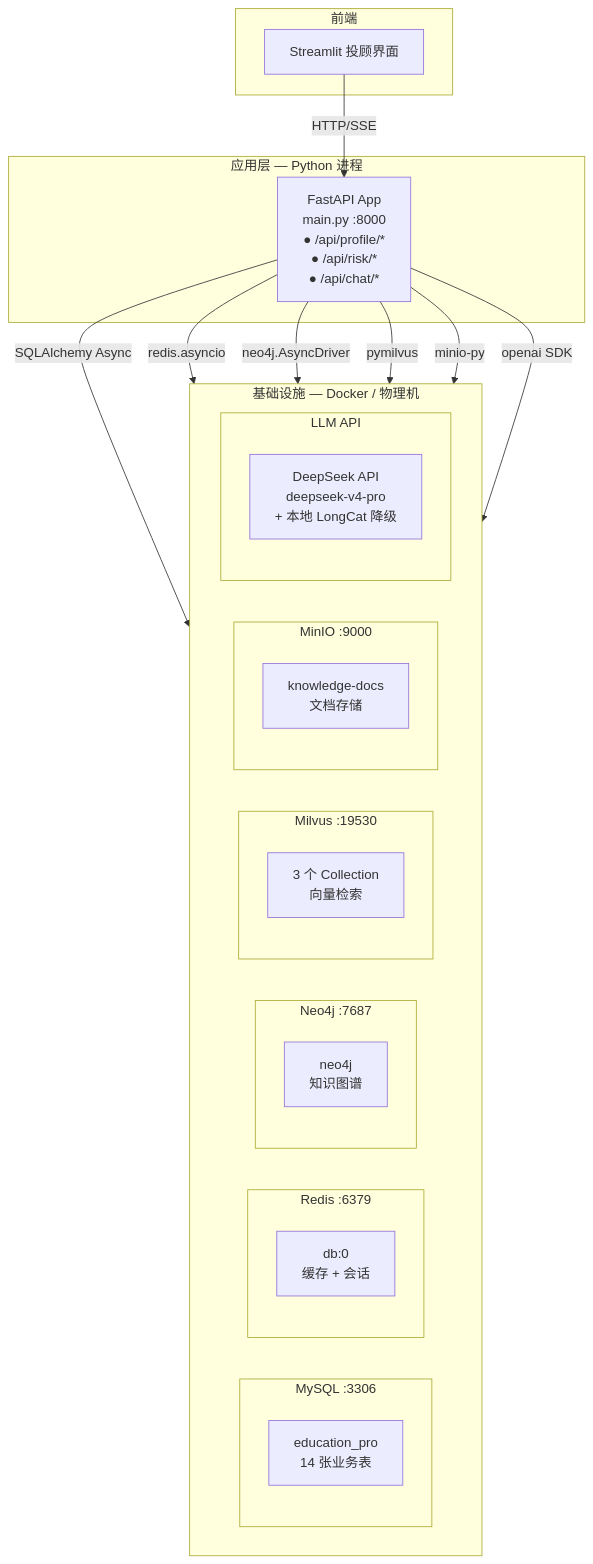
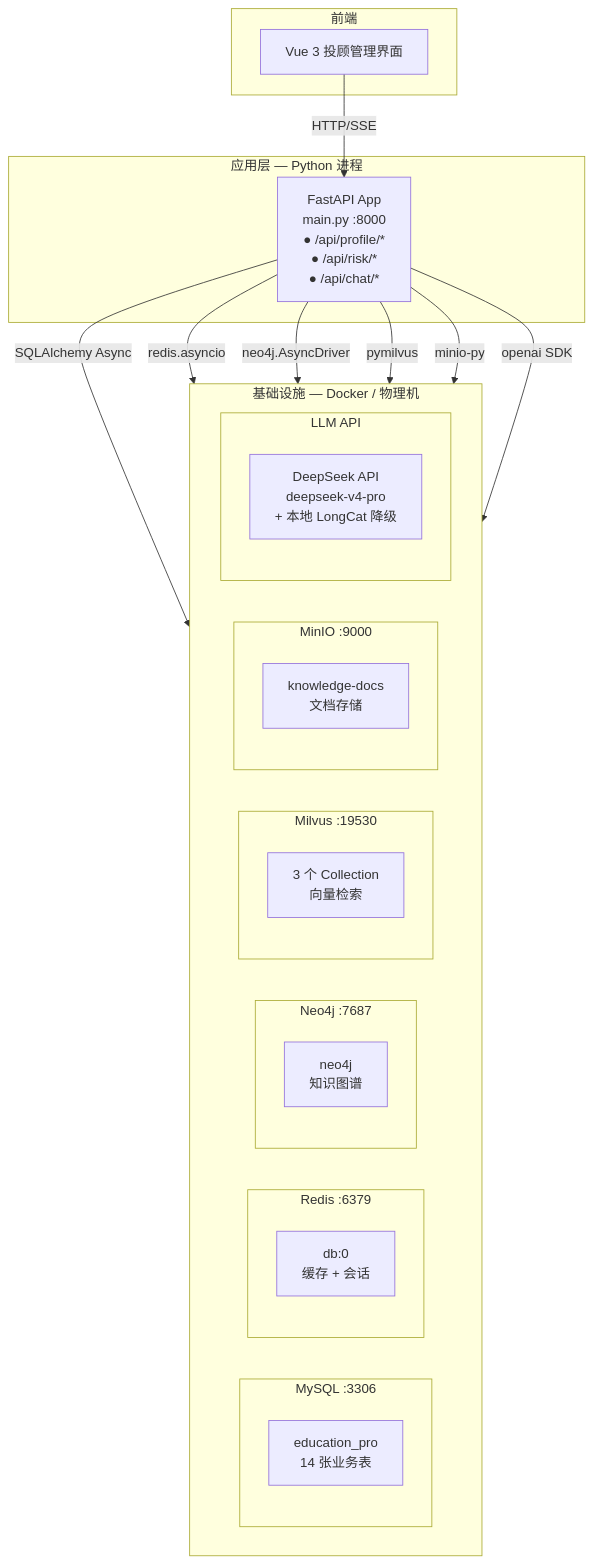
Diagram 12 of 12 in ARCHITECTURE.md (lihuitao0704/edu_pro), drawn with Mermaid before and after one commit. The commit also changed other lines of this file and 73 other files, not shown here.

````diff
--- a/ARCHITECTURE.md
+++ b/ARCHITECTURE.md
@@ -619,46 +619,46 @@
 ```mermaid
 graph TB
     subgraph 应用层["应用层 — Python 进程"]
         APP["FastAPI App<br/>main.py :8000<br/>● /api/profile/*<br/>● /api/risk/*<br/>● /api/chat/*"]
     end
 
     subgraph 中间件["基础设施 — Docker / 物理机"]
         direction LR
 
         subgraph MySQL_CT["MySQL :3306"]
             M_DB["education_pro<br/>14 张业务表"]
         end
 
         subgraph Redis_CT["Redis :6379"]
             R_DB["db:0<br/>缓存 + 会话"]
         end
 
         subgraph Neo4j_CT["Neo4j :7687"]
             N_DB["neo4j<br/>知识图谱"]
         end
 
         subgraph Milvus_CT["Milvus :19530"]
             V_DB["3 个 Collection<br/>向量检索"]
         end
 
         subgraph MinIO_CT["MinIO :9000"]
             O_DB["knowledge-docs<br/>文档存储"]
         end
 
         subgraph LLM_CT["LLM API"]
             L_API["DeepSeek API<br/>deepseek-v4-pro<br/>+ 本地 LongCat 降级"]
         end
     end
 
     subgraph 前端层["前端"]
-        FE["Streamlit 投顾界面"]
+        FE["Vue 3 投顾管理界面"]
     end
 
     FE -->|HTTP/SSE| APP
     APP -->|SQLAlchemy Async| MySQL_CT
     APP -->|redis.asyncio| Redis_CT
     APP -->|neo4j.AsyncDriver| Neo4j_CT
     APP -->|pymilvus| Milvus_CT
     APP -->|minio-py| MinIO_CT
     APP -->|openai SDK| LLM_CT
 ```
````
